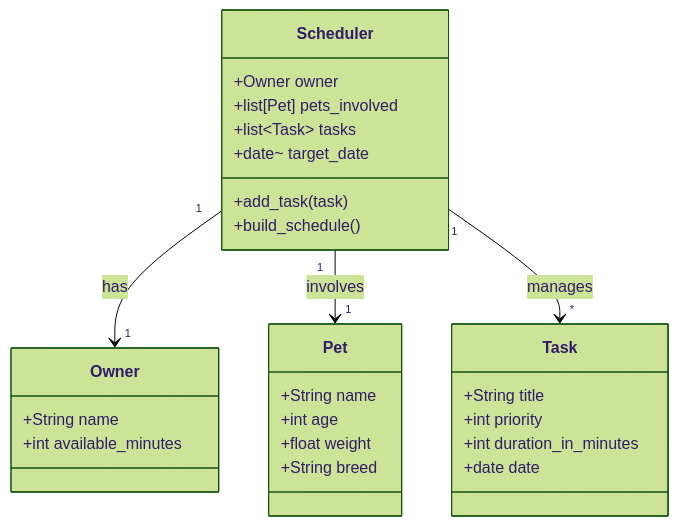
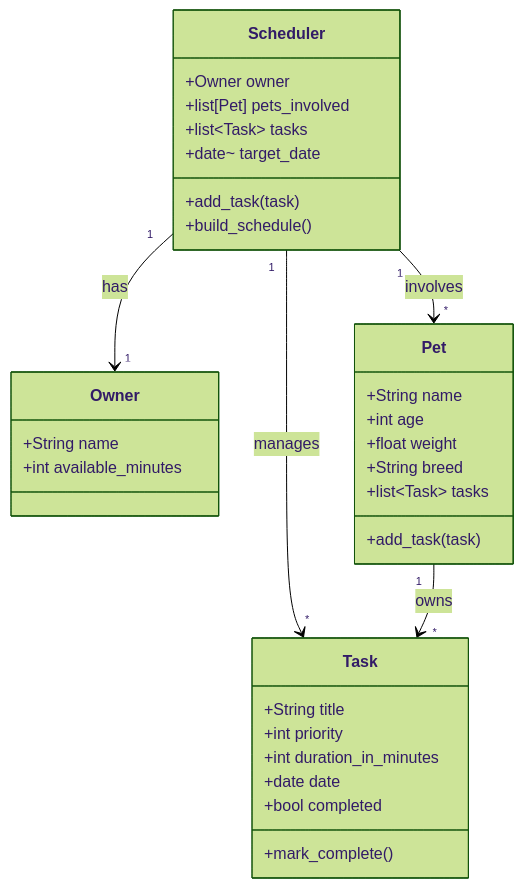
One commit to capyBearista/AI110-pawpal-starter changed the diagram in reflection.md. Above: the diagram before and after it, drawn with Mermaid (forest theme). The commit also changed other lines of this file and 3 other files, not shown here.

````diff
--- a/reflection.md
+++ b/reflection.md
@@ -26,34 +26,39 @@
 ```mermaid
 classDiagram
     class Owner {
         +String name
         +int available_minutes
     }
 
     class Pet {
         +String name
         +int age
         +float weight
         +String breed
+        +list~Task~ tasks
+        +add_task(task)
     }
 
     class Task {
         +String title
         +int priority
         +int duration_in_minutes
         +date date
+        +bool completed
+        +mark_complete()
     }
 
     class Scheduler {
         +Owner owner
         +list[Pet] pets_involved
         +list~Task~ tasks
         +date~ target_date
         +add_task(task)
         +build_schedule()
     }
 
     Scheduler "1" --> "1" Owner : has
-    Scheduler "1" --> "1" Pet : involves
+    Scheduler "1" --> "*" Pet : involves
     Scheduler "1" --> "*" Task : manages
+    Pet "1" --> "*" Task : owns
 ```
````
